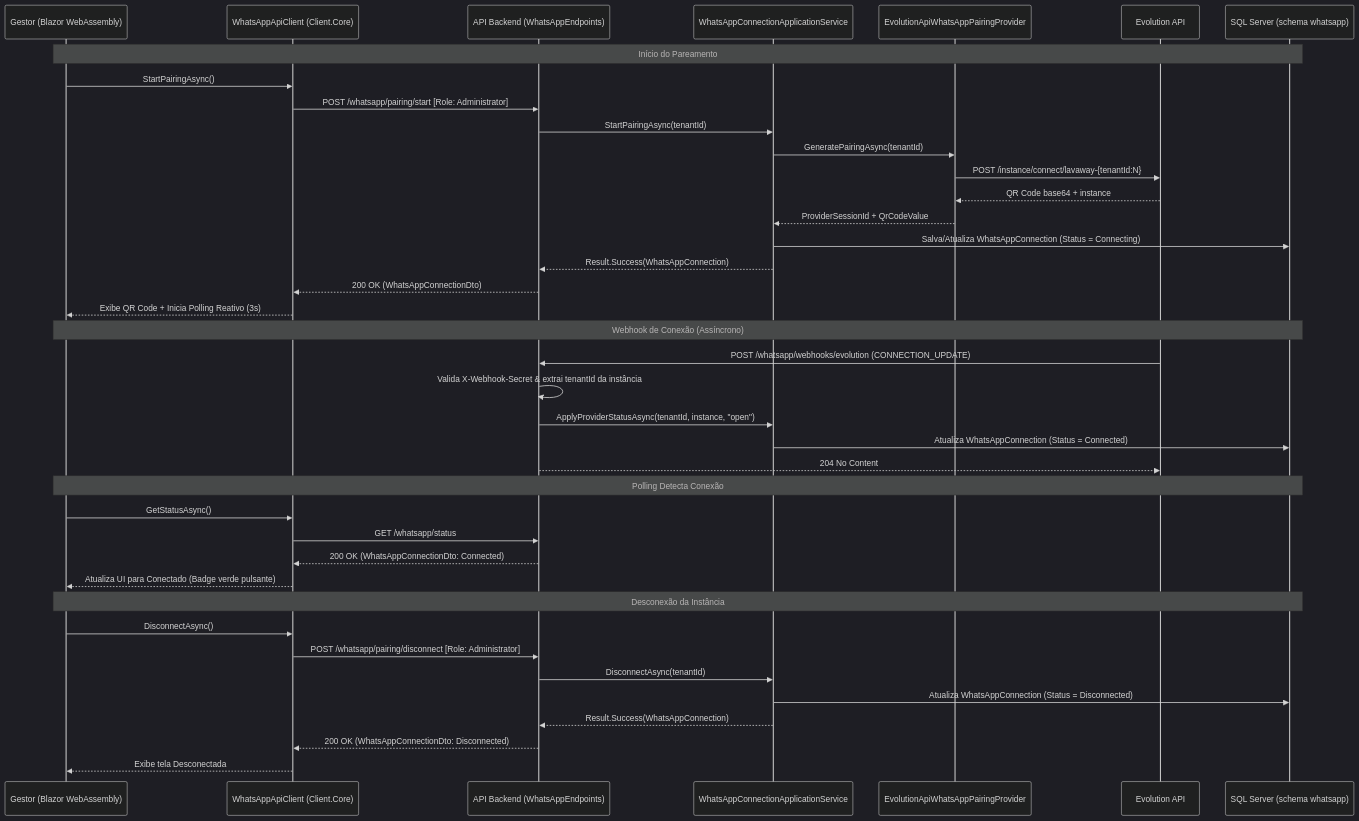
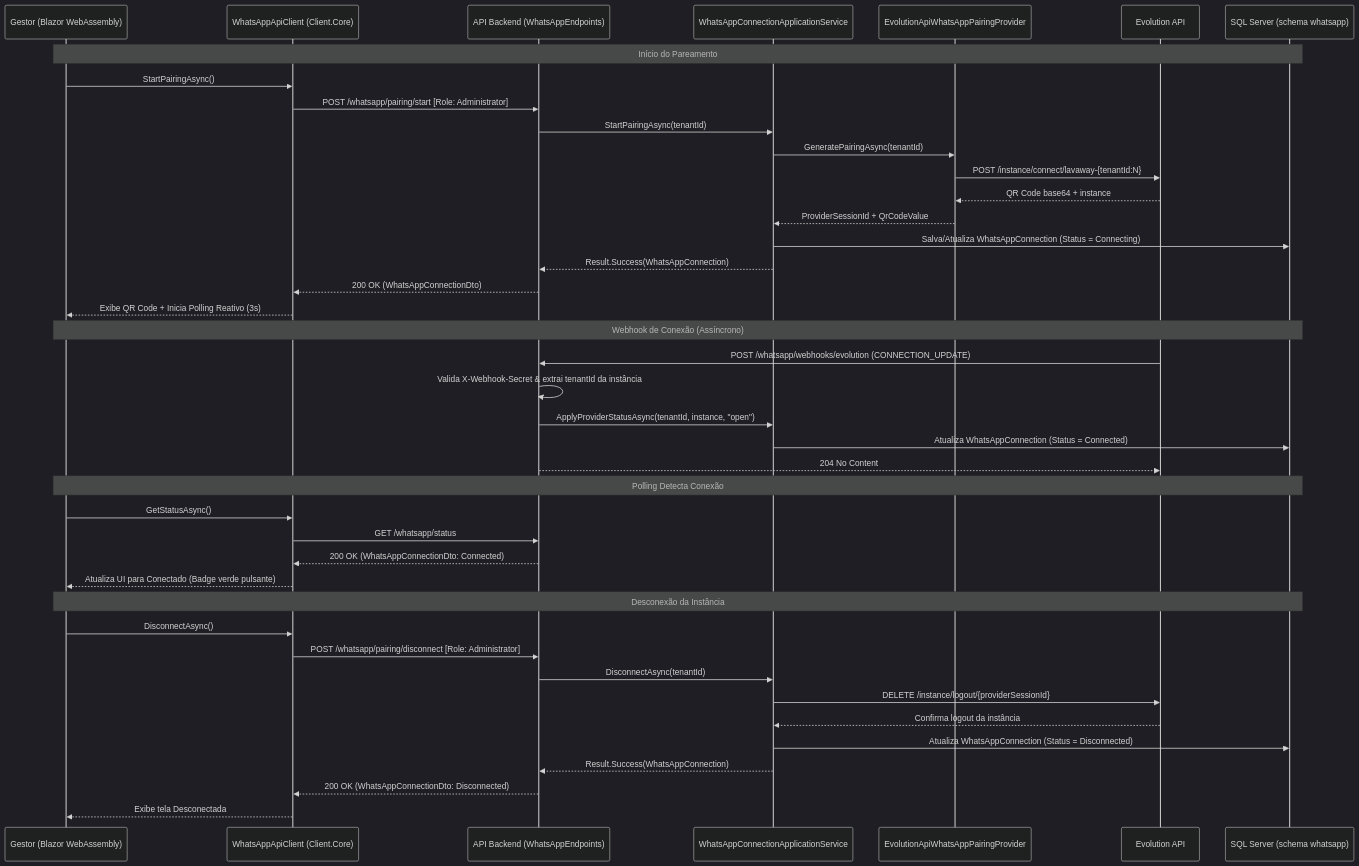
The diagram in docs/living-docs/pareamento-whatsapp-2.5.md (ronaldocestrela/lavaway), drawn with Mermaid (dark theme) before and after one commit. The commit also changed other lines of this file and 8 other files, not shown here.

Commit message:
feat: implement disconnect functionality for WhatsApp pairing provider and enhance error handling

````diff
--- a/docs/living-docs/pareamento-whatsapp-2.5.md
+++ b/docs/living-docs/pareamento-whatsapp-2.5.md
@@ -9,45 +9,47 @@
 ```mermaid
 sequenceDiagram
     participant Gestor as Gestor (Blazor WebAssembly)
     participant Client as WhatsAppApiClient (Client.Core)
     participant API as API Backend (WhatsAppEndpoints)
     participant App as WhatsAppConnectionApplicationService
     participant Provider as EvolutionApiWhatsAppPairingProvider
     participant Evolution as Evolution API
     participant DB as SQL Server (schema whatsapp)
 
     Note over Gestor,DB: Início do Pareamento
     Gestor->>Client: StartPairingAsync()
     Client->>API: POST /whatsapp/pairing/start [Role: Administrator]
     API->>App: StartPairingAsync(tenantId)
     App->>Provider: GeneratePairingAsync(tenantId)
     Provider->>Evolution: POST /instance/connect/lavaway-{tenantId:N}
     Evolution-->>Provider: QR Code base64 + instance
     Provider-->>App: ProviderSessionId + QrCodeValue
     App->>DB: Salva/Atualiza WhatsAppConnection (Status = Connecting)
     App-->>API: Result.Success(WhatsAppConnection)
     API-->>Client: 200 OK (WhatsAppConnectionDto)
     Client-->>Gestor: Exibe QR Code + Inicia Polling Reativo (3s)
 
     Note over Gestor,DB: Webhook de Conexão (Assíncrono)
     Evolution->>API: POST /whatsapp/webhooks/evolution (CONNECTION_UPDATE)
     API->>API: Valida X-Webhook-Secret & extrai tenantId da instância
     API->>App: ApplyProviderStatusAsync(tenantId, instance, "open")
     App->>DB: Atualiza WhatsAppConnection (Status = Connected)
     API-->>Evolution: 204 No Content
 
     Note over Gestor,DB: Polling Detecta Conexão
     Gestor->>Client: GetStatusAsync()
     Client->>API: GET /whatsapp/status
     API-->>Client: 200 OK (WhatsAppConnectionDto: Connected)
     Client-->>Gestor: Atualiza UI para Conectado (Badge verde pulsante)
 
     Note over Gestor,DB: Desconexão da Instância
     Gestor->>Client: DisconnectAsync()
     Client->>API: POST /whatsapp/pairing/disconnect [Role: Administrator]
     API->>App: DisconnectAsync(tenantId)
+    App->>Evolution: DELETE /instance/logout/{providerSessionId}
+    Evolution-->>App: Confirma logout da instância
     App->>DB: Atualiza WhatsAppConnection (Status = Disconnected)
     App-->>API: Result.Success(WhatsAppConnection)
     API-->>Client: 200 OK (WhatsAppConnectionDto: Disconnected)
     Client-->>Gestor: Exibe tela Desconectada
 ```
````
